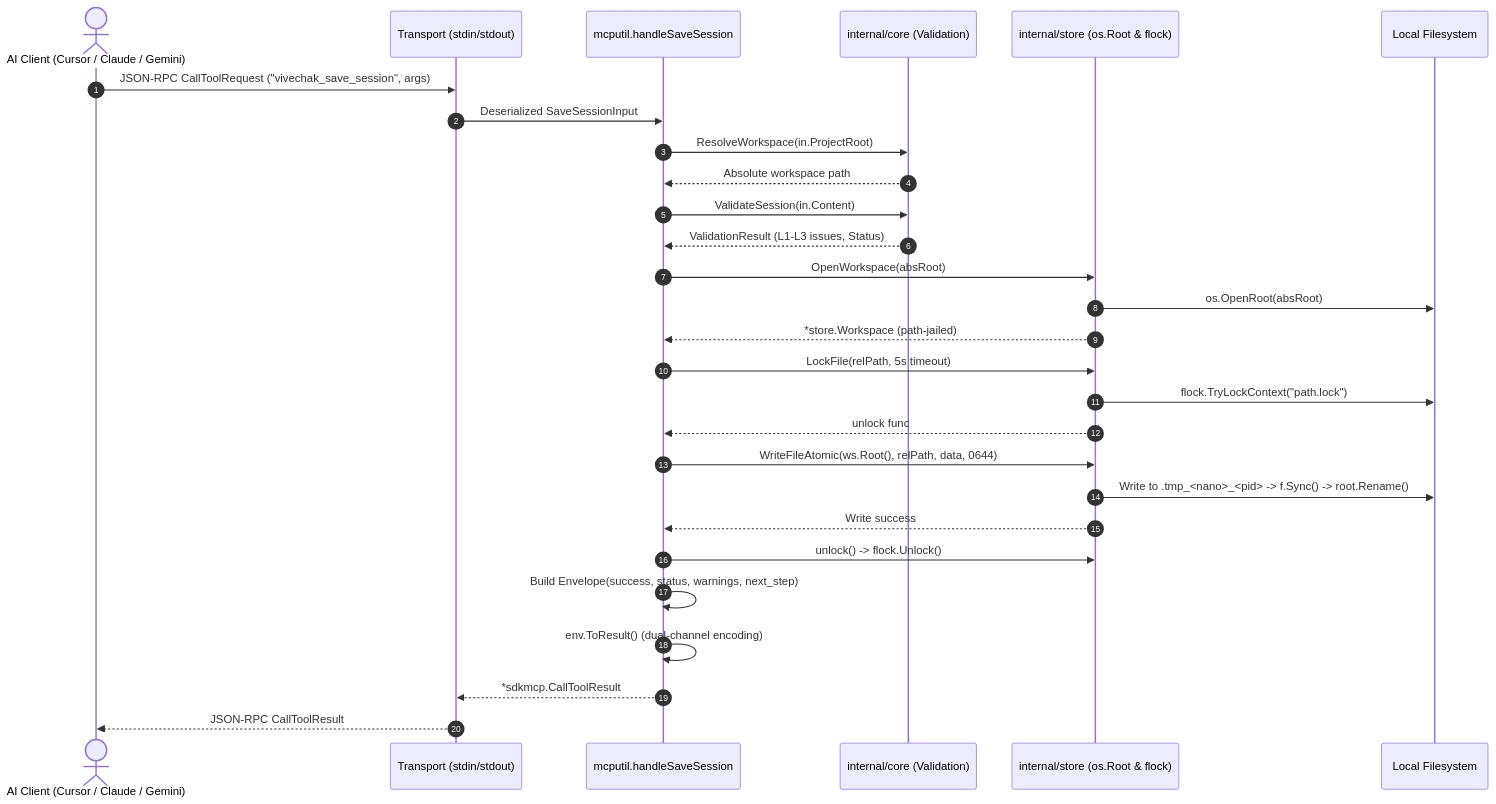
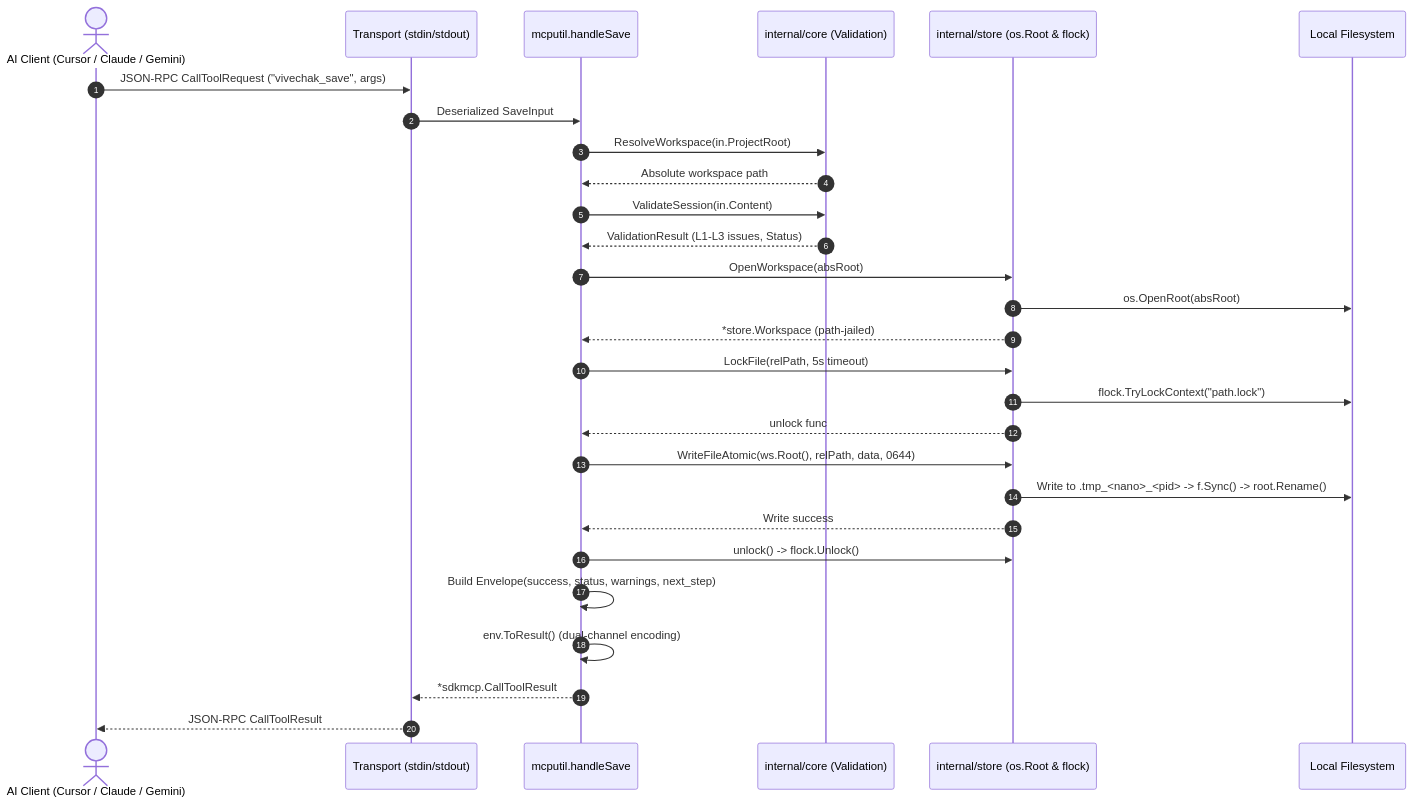
One commit to bhaskarjha-dev/vivechak changed the second of 2 diagrams in docs/ARCHITECTURE.md. Above: the diagram before and after it, drawn with Mermaid. The commit also changed other lines of this file and 44 other files, not shown here.

````diff
--- a/docs/ARCHITECTURE.md
+++ b/docs/ARCHITECTURE.md
@@ -185,31 +185,31 @@
 ```mermaid
 sequenceDiagram
     autonumber
     actor Host as AI Client (Cursor / Claude / Gemini)
     participant Stdio as Transport (stdin/stdout)
-    participant Handler as mcputil.handleSaveSession
+    participant Handler as mcputil.handleSave
     participant Core as internal/core (Validation)
     participant Store as internal/store (os.Root & flock)
     participant FS as Local Filesystem
 
-    Host->>Stdio: JSON-RPC CallToolRequest ("vivechak_save_session", args)
-    Stdio->>Handler: Deserialized SaveSessionInput
+    Host->>Stdio: JSON-RPC CallToolRequest ("vivechak_save", args)
+    Stdio->>Handler: Deserialized SaveInput
     Handler->>Core: ResolveWorkspace(in.ProjectRoot)
     Core-->>Handler: Absolute workspace path
     Handler->>Core: ValidateSession(in.Content)
     Core-->>Handler: ValidationResult (L1-L3 issues, Status)
     Handler->>Store: OpenWorkspace(absRoot)
     Store->>FS: os.OpenRoot(absRoot)
     Store-->>Handler: *store.Workspace (path-jailed)
     Handler->>Store: LockFile(relPath, 5s timeout)
     Store->>FS: flock.TryLockContext("path.lock")
     Store-->>Handler: unlock func
     Handler->>Store: WriteFileAtomic(ws.Root(), relPath, data, 0644)
     Store->>FS: Write to .tmp_<nano>_<pid> -> f.Sync() -> root.Rename()
     Store-->>Handler: Write success
     Handler->>Store: unlock() -> flock.Unlock()
     Handler->>Handler: Build Envelope(success, status, warnings, next_step)
     Handler->>Handler: env.ToResult() (dual-channel encoding)
     Handler-->>Stdio: *sdkmcp.CallToolResult
     Stdio-->>Host: JSON-RPC CallToolResult
 ```
````
